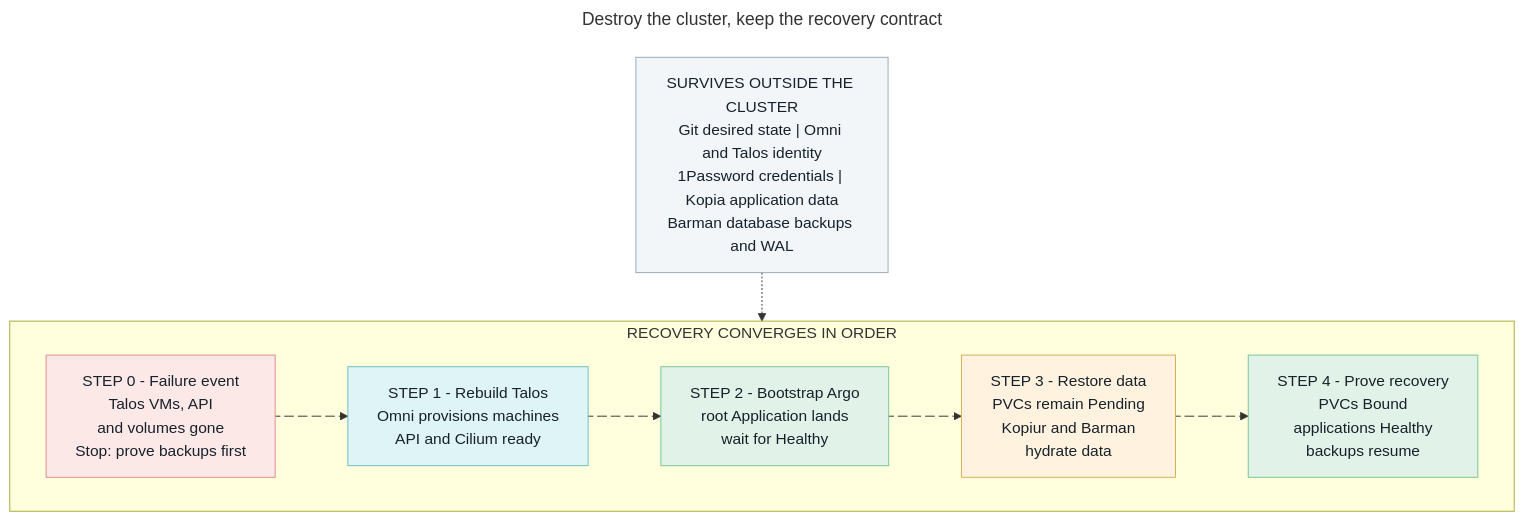
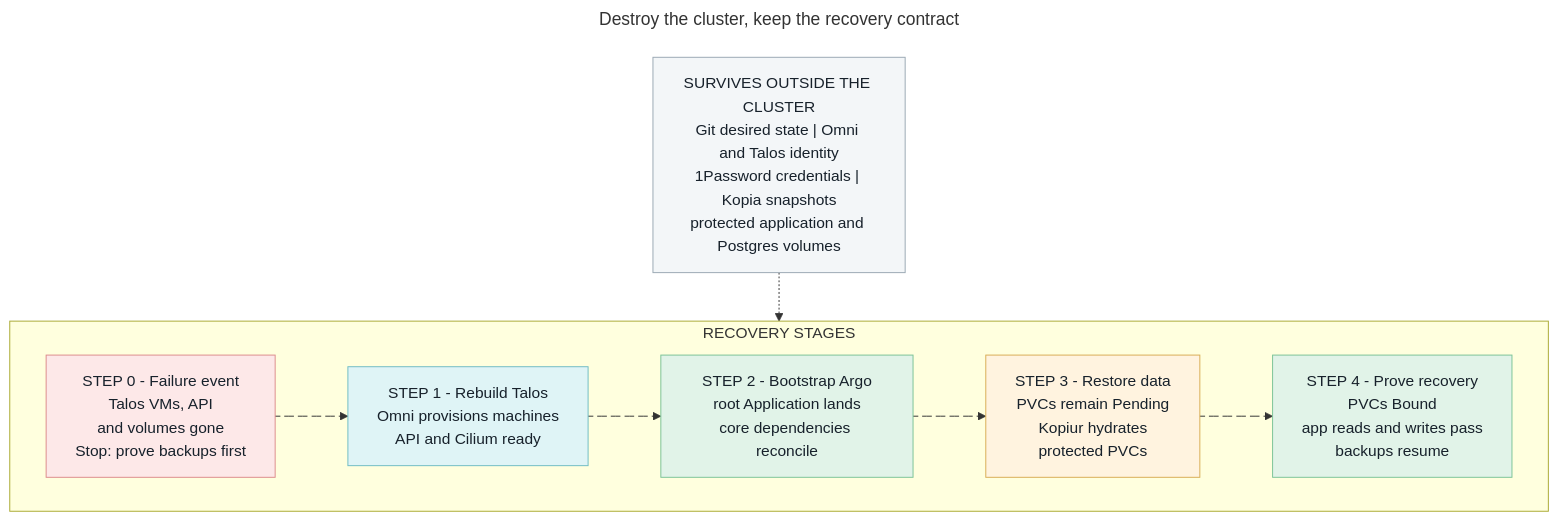
Before and after one commit to mitchross/talos-argocd-proxmox: the diagram in docs/diagrams/disaster-recovery-sequence.mmd, drawn with Mermaid. The commit also changed 27 other files, not shown here.

Commit message:
Publish architecture inventory and correct recovery and topology docs

```diff
--- a/docs/diagrams/disaster-recovery-sequence.mmd
+++ b/docs/diagrams/disaster-recovery-sequence.mmd
@@ -1,57 +1,57 @@
 ---
 title: Destroy the cluster, keep the recovery contract
 config:
   layout: dagre
 ---
 flowchart TB
   accTitle: Full-cluster disaster recovery sequence
-  accDescr: Git, Omni configuration, 1Password, Kopia, and Barman survive outside the cluster. Talos is rebuilt, Argo bootstraps, application data restores, and health checks prove recovery.
+  accDescr: Git, Omni configuration, 1Password, and Kopia survive outside the cluster. Talos is rebuilt, Argo bootstraps, application data restores, and health checks prove recovery.
 
   SURVIVE["`SURVIVES OUTSIDE THE CLUSTER
   Git desired state | Omni and Talos identity
-  1Password credentials | Kopia application data
-  Barman database backups and WAL`"]
+  1Password credentials | Kopia snapshots
+  protected application and Postgres volumes`"]
 
-  subgraph RECOVERY["RECOVERY CONVERGES IN ORDER"]
+  subgraph RECOVERY["RECOVERY STAGES"]
     direction LR
     FAIL["`STEP 0 - Failure event
     Talos VMs, API
     and volumes gone
     Stop: prove backups first`"]
     TALOS["`STEP 1 - Rebuild Talos
     Omni provisions machines
     API and Cilium ready`"]
     ARGO["`STEP 2 - Bootstrap Argo
     root Application lands
-    wait for Healthy`"]
+    core dependencies reconcile`"]
     DATA["`STEP 3 - Restore data
     PVCs remain Pending
-    Kopiur and Barman
-    hydrate data`"]
+    Kopiur hydrates
+    protected PVCs`"]
     PROVE["`STEP 4 - Prove recovery
     PVCs Bound
-    applications Healthy
+    app reads and writes pass
     backups resume`"]
     FAIL fail@--> TALOS
     TALOS talos@--> ARGO
     ARGO argo@--> DATA
     DATA data@--> PROVE
   end
 
   SURVIVE context@-.-> RECOVERY
 
   classDef survivor fill:#f3f6f8,stroke:#9aa8b3,color:#17212b
   classDef failure fill:#fde8e8,stroke:#dc8c8c,color:#17212b
   classDef controller fill:#dff4f6,stroke:#70bcc4,color:#17212b
   classDef desired fill:#e1f3e8,stroke:#7bc397,color:#17212b
   classDef external fill:#fff3df,stroke:#d8ad55,color:#17212b
   class SURVIVE survivor
   class FAIL failure
   class TALOS controller
   class ARGO,PROVE desired
   class DATA external
 
   fail@{ animation: fast }
   talos@{ animation: fast }
   argo@{ animation: fast }
   data@{ animation: fast }
```
